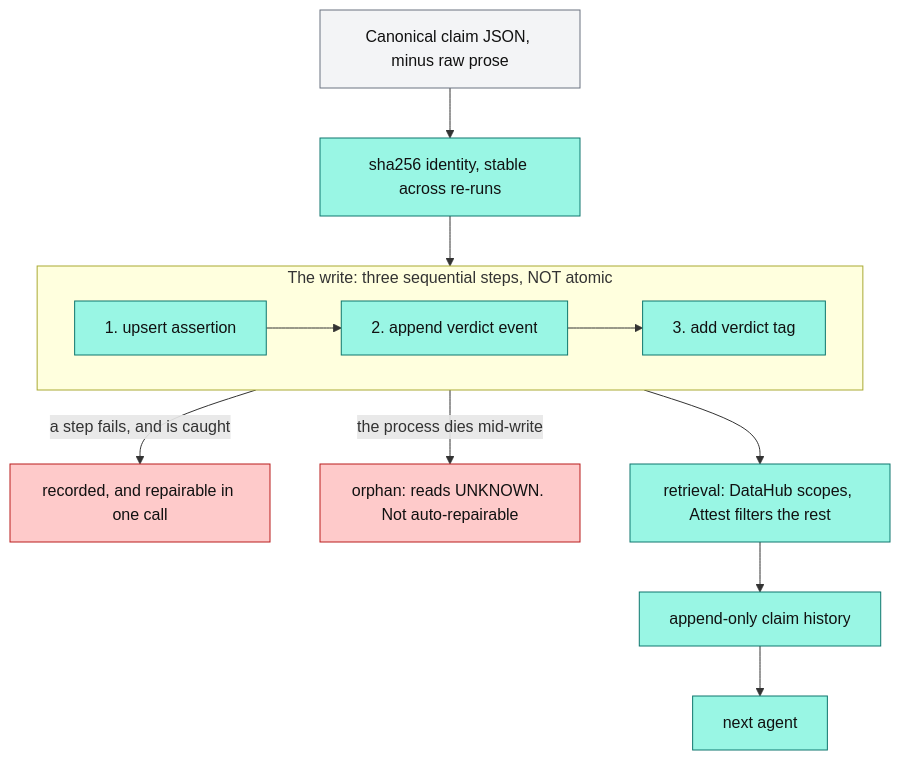
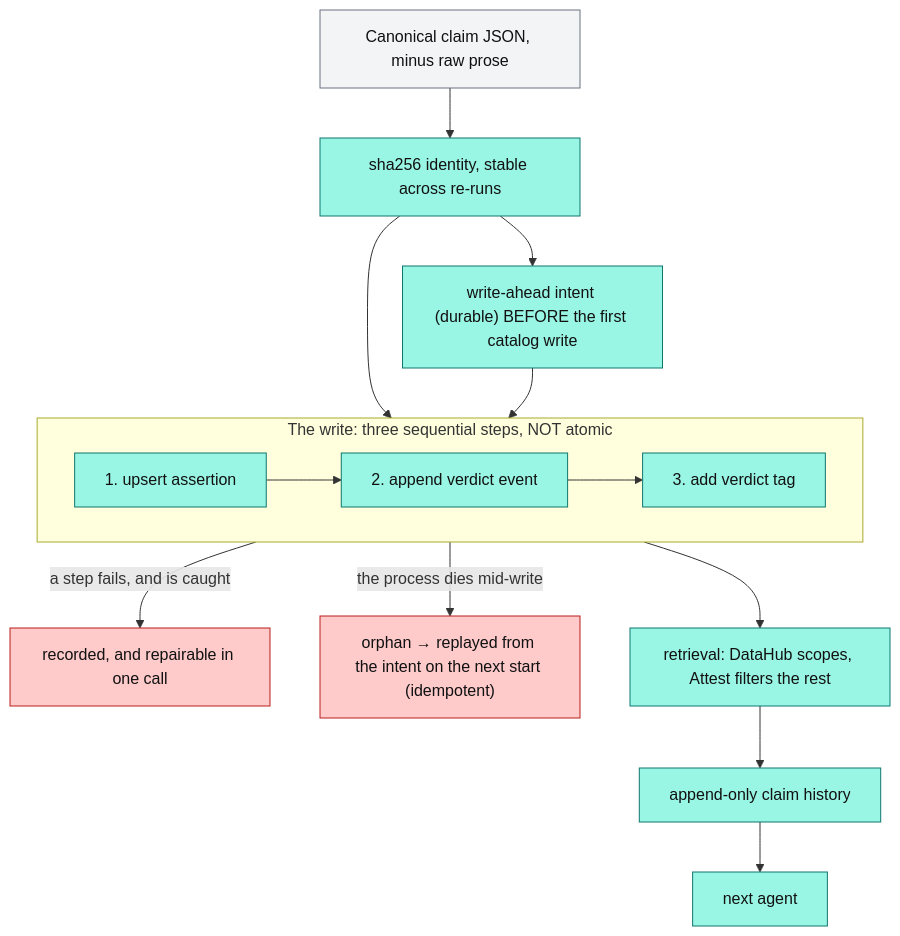
Before and after one commit to Asembris/Attest: the third of 3 diagrams in README.md, drawn with Mermaid. The commit also changed other lines of this file and 3 other files, not shown here.

````diff
--- a/README.md
+++ b/README.md
@@ -237,23 +237,26 @@
 ```mermaid
 flowchart TD
     A["Canonical claim JSON, minus raw prose"] --> B["sha256 identity, stable across re-runs"]
     B --> W
+
+    B --> I["write-ahead intent (durable) BEFORE the first catalog write"]
+    I --> W
 
     subgraph W["The write: three sequential steps, NOT atomic"]
         direction LR
         C["1. upsert assertion"] --> D["2. append verdict event"] --> E["3. add verdict tag"]
     end
 
     W -->|"a step fails, and is caught"| R["recorded, and repairable in one call"]
-    W -->|"the process dies mid-write"| U["orphan: reads UNKNOWN. Not auto-repairable"]
+    W -->|"the process dies mid-write"| U["orphan → replayed from the intent on the next start (idempotent)"]
     W --> F["retrieval: DataHub scopes, Attest filters the rest"]
     F --> G["append-only claim history"]
     G --> H["next agent"]
 
     classDef input fill:#f3f4f6,stroke:#6b7280,color:#111
     classDef hub fill:#99f6e4,stroke:#0f766e,color:#111
     classDef warn fill:#fecaca,stroke:#b91c1c,color:#111
     class A input
-    class B,C,D,E,F,G,H hub
+    class B,C,D,E,F,G,H,I hub
     class U,R warn
 ```
````
